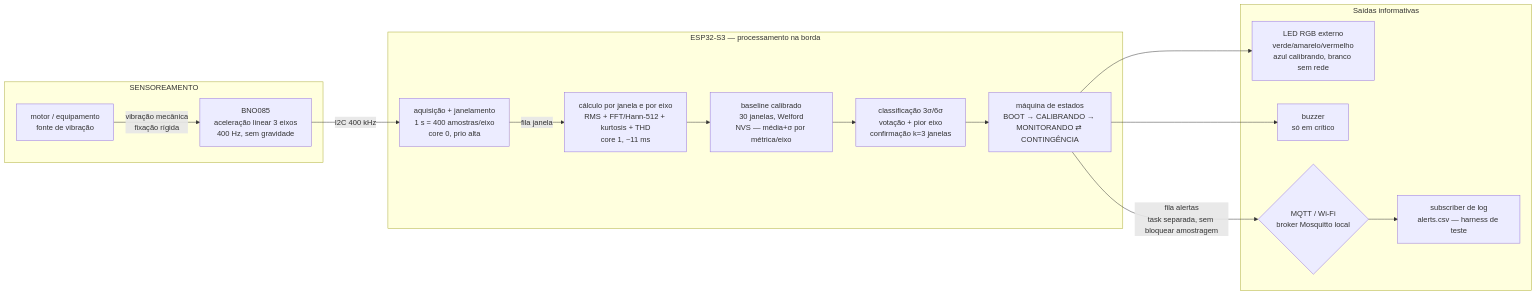
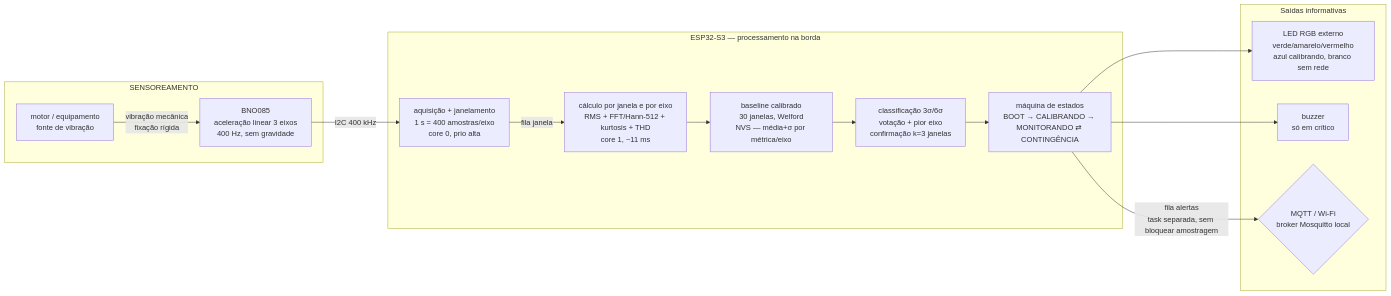
One commit to jhonatan-goncalves-pereira/pulsopnaat changed the diagram in README.md. Above: the diagram before and after it, drawn with Mermaid. The commit also changed other lines of this file, not shown here.

````diff
--- a/README.md
+++ b/README.md
@@ -64,27 +64,26 @@
 ```mermaid
 flowchart LR
     subgraph SENSOREAMENTO
         M[motor / equipamento<br/>fonte de vibração]
         S[BNO085<br/>aceleração linear 3 eixos<br/>400 Hz, sem gravidade]
         M -->|vibração mecânica<br/>fixação rígida| S
     end
     subgraph PROCESSAMENTO_BORDA[ESP32-S3 — processamento na borda]
         AQ[aquisição + janelamento<br/>1 s = 400 amostras/eixo<br/>core 0, prio alta]
         DSP[cálculo por janela e por eixo<br/>RMS + FFT/Hann-512 + kurtosis + THD<br/>core 1, ~11 ms]
         BL[baseline calibrado<br/>30 janelas, Welford<br/>NVS — média+σ por métrica/eixo]
         CL[classificação 3σ/6σ<br/>votação + pior eixo<br/>confirmação k=3 janelas]
         SM[máquina de estados<br/>BOOT → CALIBRANDO → MONITORANDO ⇄ CONTINGÊNCIA]
         S -->|I2C 400 kHz| AQ -->|fila janela| DSP
         DSP --> BL
         BL --> CL --> SM
     end
     subgraph SAIDAS[Saídas informativas]
         LED[LED RGB externo<br/>verde/amarelo/vermelho<br/>azul calibrando, branco sem rede]
         BZ[buzzer<br/>só em crítico]
         MQ{MQTT / Wi-Fi<br/>broker Mosquitto local}
-        CSV[subscriber de log<br/>alerts.csv — harness de teste]
         SM --> LED
         SM --> BZ
-        SM -->|fila alertas<br/>task separada, sem bloquear amostragem| MQ --> CSV
+        SM -->|fila alertas<br/>task separada, sem bloquear amostragem| MQ
     end
 ```
````
